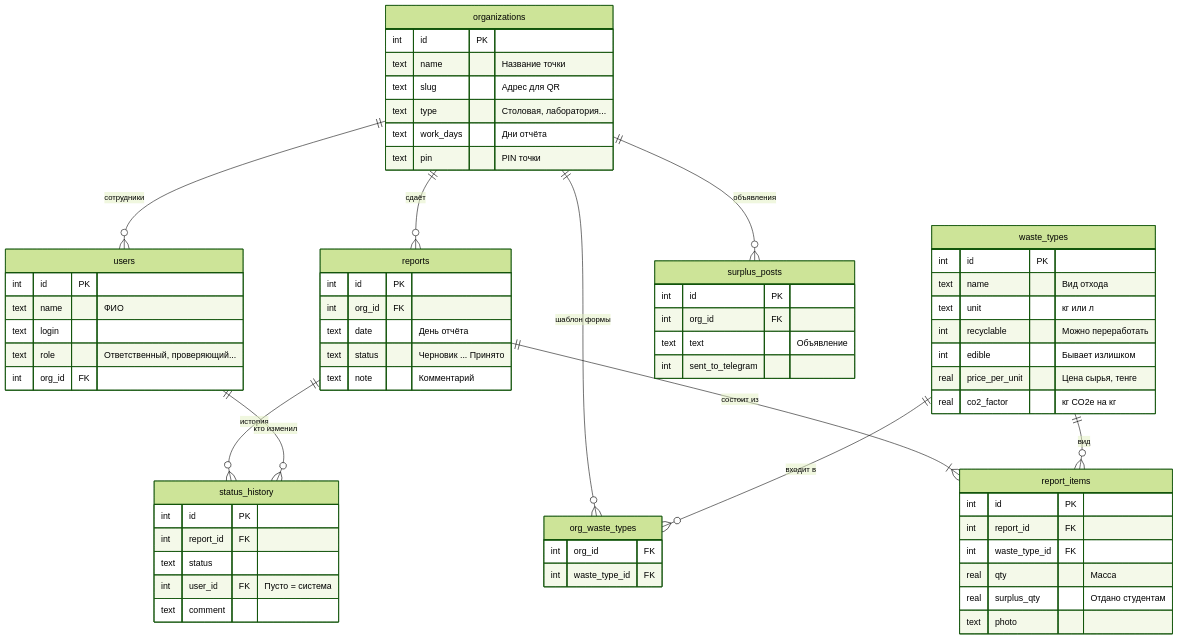
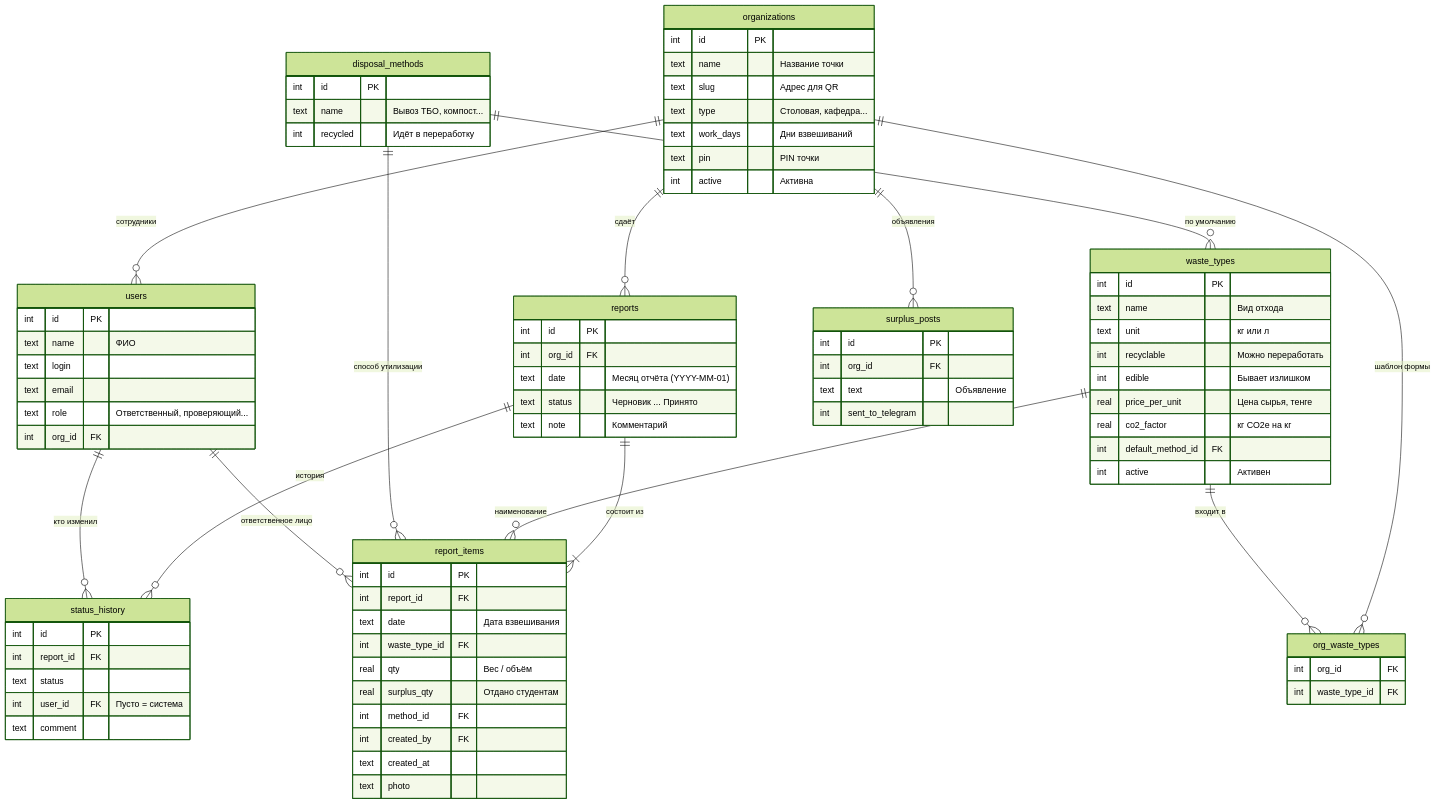
Before and after one commit to abikenoverasyl1/atu-zerowaste: the diagram in docs/er.mmd, drawn with Mermaid (forest theme). The commit also changed 22 other files, not shown here.

```diff
--- a/docs/er.mmd
+++ b/docs/er.mmd
@@ -1,66 +1,82 @@
 erDiagram
   organizations ||--o{ users : "сотрудники"
   organizations ||--o{ org_waste_types : "шаблон формы"
   waste_types ||--o{ org_waste_types : "входит в"
   organizations ||--o{ reports : "сдаёт"
   reports ||--|{ report_items : "состоит из"
-  waste_types ||--o{ report_items : "вид"
+  waste_types ||--o{ report_items : "наименование"
+  disposal_methods ||--o{ report_items : "способ утилизации"
+  disposal_methods ||--o{ waste_types : "по умолчанию"
+  users ||--o{ report_items : "ответственное лицо"
   reports ||--o{ status_history : "история"
   users ||--o{ status_history : "кто изменил"
   organizations ||--o{ surplus_posts : "объявления"
   organizations {
     int id PK
     text name "Название точки"
     text slug "Адрес для QR"
-    text type "Столовая, лаборатория..."
-    text work_days "Дни отчёта"
+    text type "Столовая, кафедра..."
+    text work_days "Дни взвешиваний"
     text pin "PIN точки"
+    int active "Активна"
   }
   users {
     int id PK
     text name "ФИО"
     text login
+    text email
     text role "Ответственный, проверяющий..."
     int org_id FK
   }
   waste_types {
     int id PK
     text name "Вид отхода"
     text unit "кг или л"
     int recyclable "Можно переработать"
     int edible "Бывает излишком"
     real price_per_unit "Цена сырья, тенге"
     real co2_factor "кг CO2e на кг"
+    int default_method_id FK
+    int active "Активен"
+  }
+  disposal_methods {
+    int id PK
+    text name "Вывоз ТБО, компост..."
+    int recycled "Идёт в переработку"
   }
   org_waste_types {
     int org_id FK
     int waste_type_id FK
   }
   reports {
     int id PK
     int org_id FK
-    text date "День отчёта"
+    text date "Месяц отчёта (YYYY-MM-01)"
     text status "Черновик ... Принято"
     text note "Комментарий"
   }
   report_items {
     int id PK
     int report_id FK
+    text date "Дата взвешивания"
     int waste_type_id FK
-    real qty "Масса"
+    real qty "Вес / объём"
     real surplus_qty "Отдано студентам"
+    int method_id FK
+    int created_by FK
+    text created_at
     text photo
   }
   status_history {
     int id PK
     int report_id FK
     text status
     int user_id FK "Пусто = система"
     text comment
   }
   surplus_posts {
     int id PK
     int org_id FK
     text text "Объявление"
     int sent_to_telegram
   }
```
